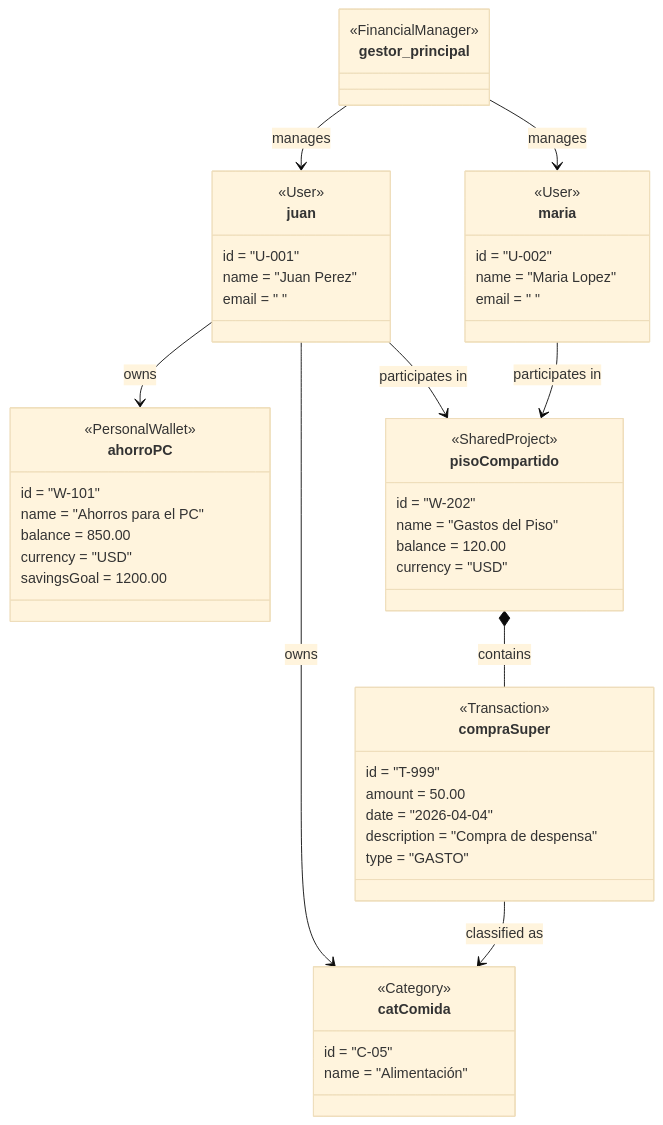
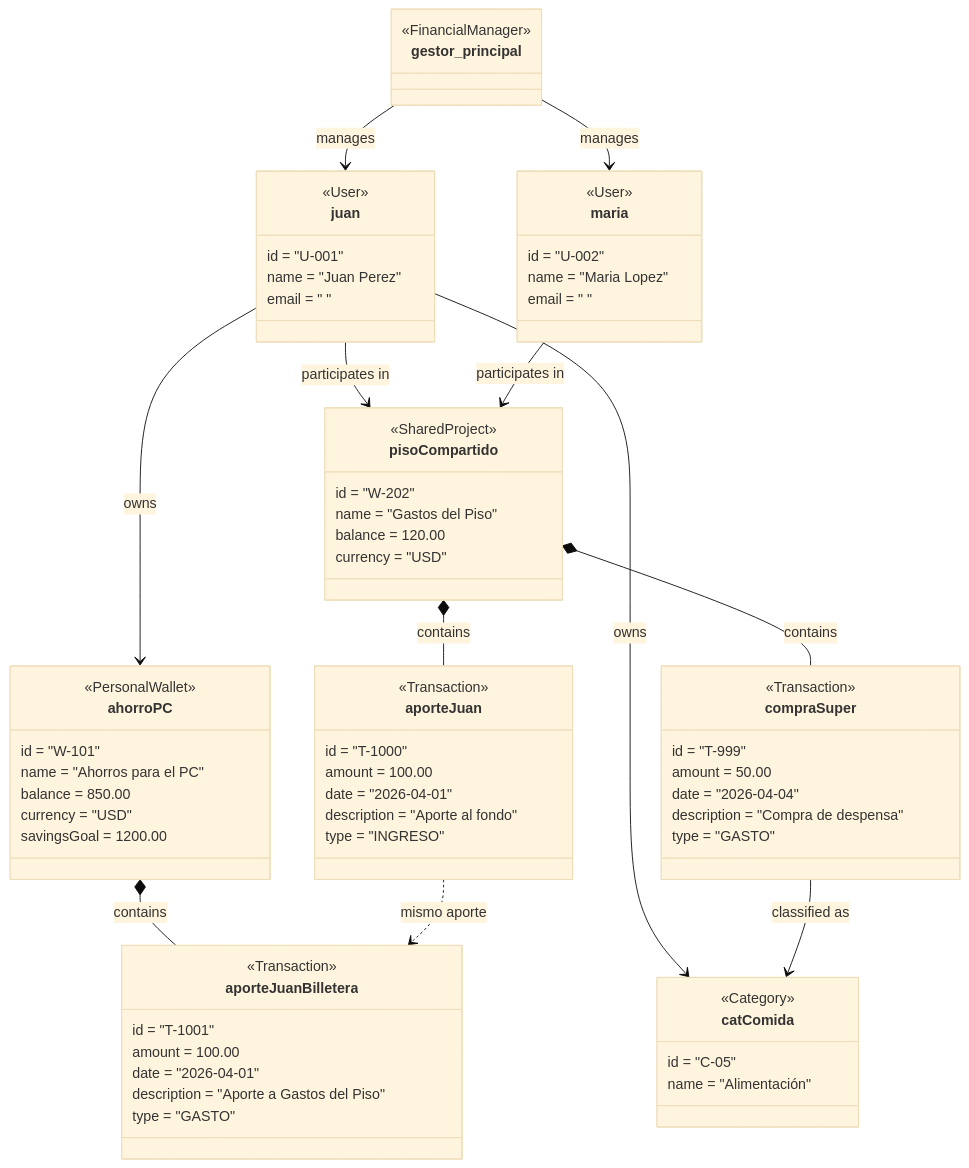
The diagram in docs/diagramas/fuentes/objetos.mmd (Gago82241/syncfund_), drawn with Mermaid (base theme) before and after one commit. The commit also changed 7 other files, not shown here.

First line of the commit message:
docs: documenta el modelo de fondo en el README, los diagramas y el CLAUDE.md

```diff
--- a/docs/diagramas/fuentes/objetos.mmd
+++ b/docs/diagramas/fuentes/objetos.mmd
@@ -1,53 +1,72 @@
 classDiagram
     class gestor_principal {
         <<FinancialManager>>
     }
     class juan {
         <<User>>
         id = "U-001"
         name = "Juan Perez"
         email = " "
     }
     class maria {
         <<User>>
         id = "U-002"
         name = "Maria Lopez"
         email = " "
     }
     class ahorroPC {
         <<PersonalWallet>>
         id = "W-101"
         name = "Ahorros para el PC"
         balance = 850.00
         currency = "USD"
         savingsGoal = 1200.00
     }
     class pisoCompartido {
         <<SharedProject>>
         id = "W-202"
         name = "Gastos del Piso"
         balance = 120.00
         currency = "USD"
     }
     class compraSuper {
         <<Transaction>>
         id = "T-999"
         amount = 50.00
         date = "2026-04-04"
         description = "Compra de despensa"
         type = "GASTO"
     }
+    class aporteJuan {
+        <<Transaction>>
+        id = "T-1000"
+        amount = 100.00
+        date = "2026-04-01"
+        description = "Aporte al fondo"
+        type = "INGRESO"
+    }
+    class aporteJuanBilletera {
+        <<Transaction>>
+        id = "T-1001"
+        amount = 100.00
+        date = "2026-04-01"
+        description = "Aporte a Gastos del Piso"
+        type = "GASTO"
+    }
     class catComida {
         <<Category>>
         id = "C-05"
         name = "Alimentación"
     }
 
     gestor_principal --> juan : manages
     gestor_principal --> maria : manages
     juan --> ahorroPC : owns
     juan --> catComida : owns
     juan --> pisoCompartido : participates in
     maria --> pisoCompartido : participates in
     pisoCompartido *-- compraSuper : contains
+    pisoCompartido *-- aporteJuan : contains
+    ahorroPC *-- aporteJuanBilletera : contains
+    aporteJuan ..> aporteJuanBilletera : mismo aporte
     compraSuper --> catComida : classified as
```
